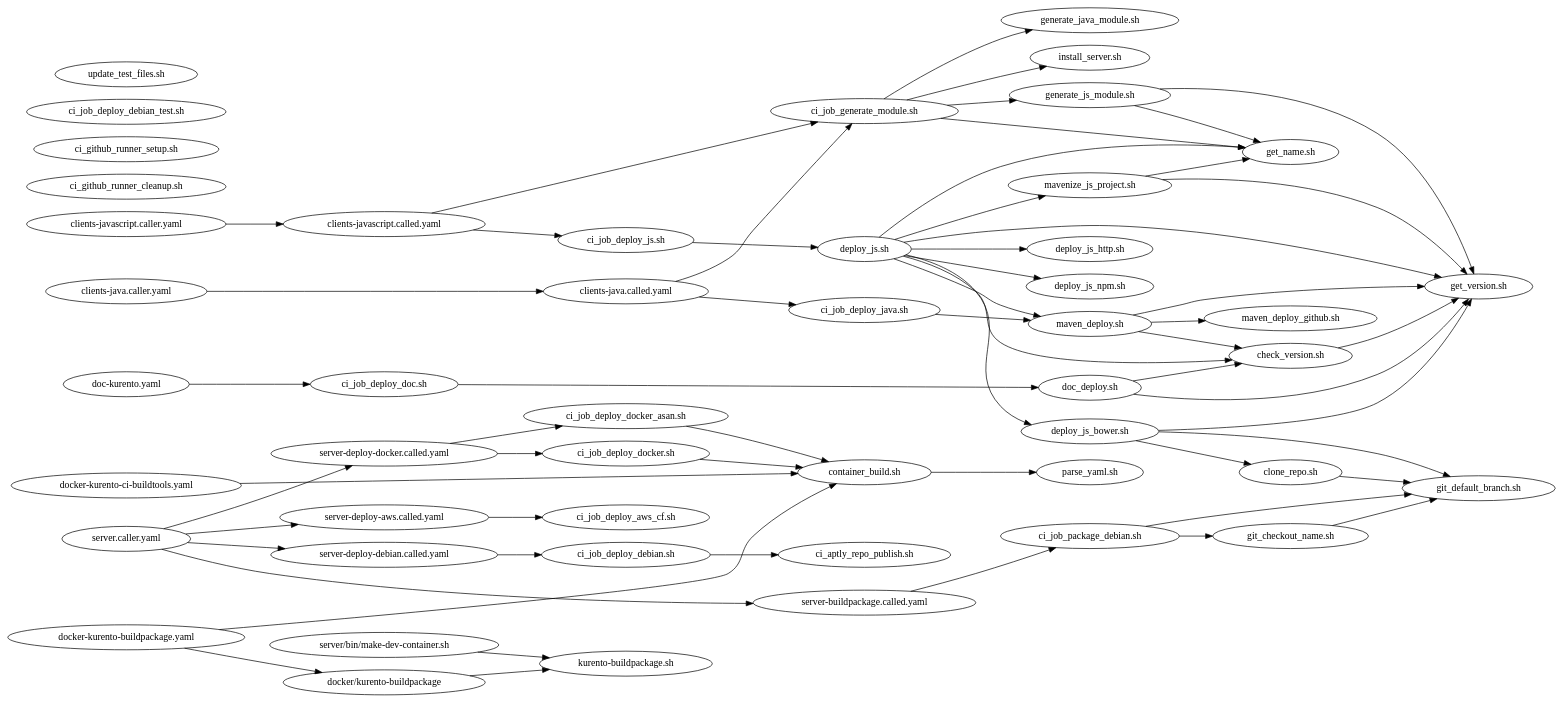
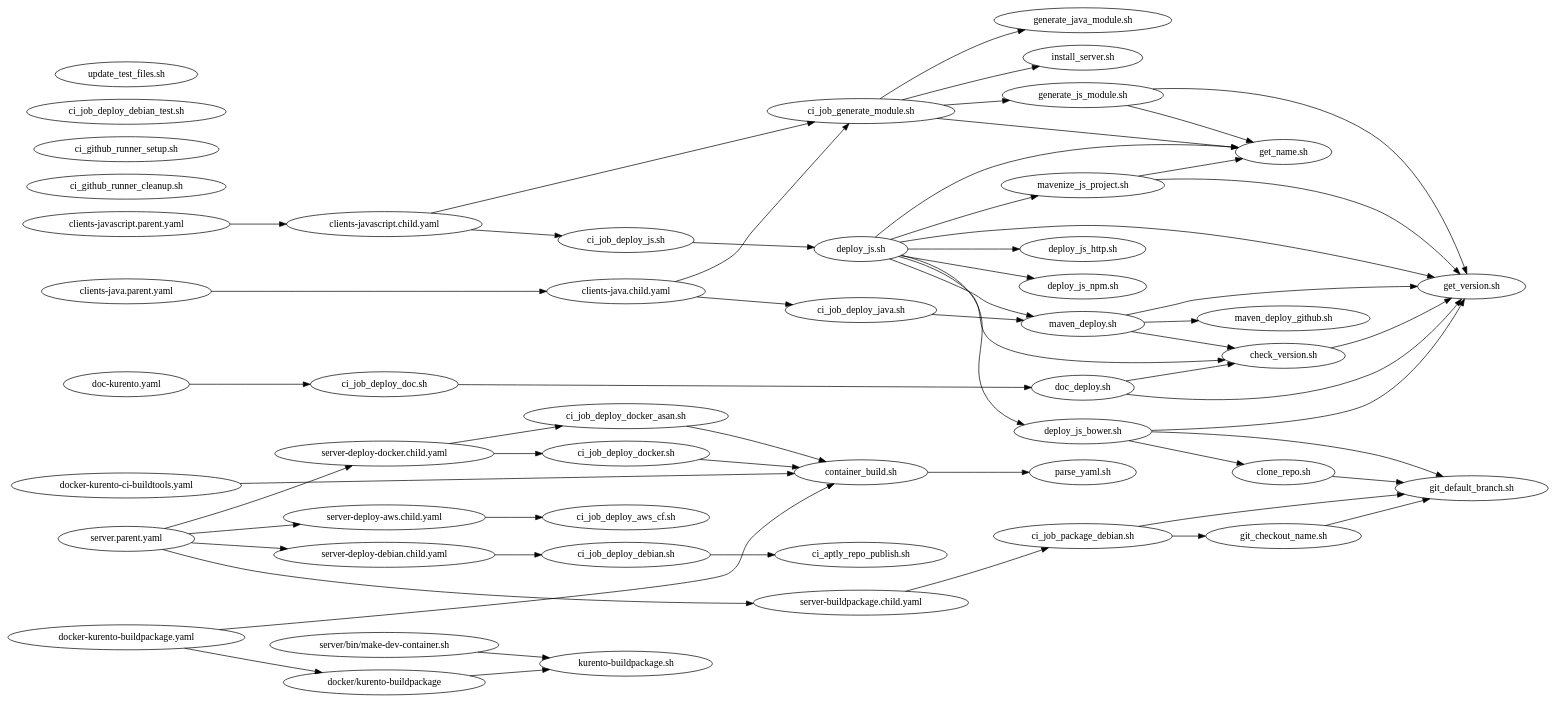
One commit to Kurento/kurento changed the diagram in ci-scripts/README.d/scripts-dependencies.dot. Above: the diagram before and after it, drawn with Graphviz. The commit also changed 10 other files, not shown here.

Commit message:
ci: Rename all GitHub Action workflows to "parent/child" instead of "caller/called"

```diff
--- a/ci-scripts/README.d/scripts-dependencies.dot
+++ b/ci-scripts/README.d/scripts-dependencies.dot
@@ -1,185 +1,185 @@
 digraph scripts {
   //bgcolor = "transparent";
   fontname = "Bitstream Vera Sans";
   fontsize = 8;
   rankdir = "LR";
 
 
   // GitHub Actions CI workflows
   // ===========================
 
   // Standalone definitions.
   // Used so these can be applied the same root rank and appear at the same level.
   {
     rank = "same";
 
-    "clients-java.caller.yaml";
-    "clients-javascript.caller.yaml";
+    "clients-java.parent.yaml";
+    "clients-javascript.parent.yaml";
     "doc-kurento.yaml";
     "docker-kurento-buildpackage.yaml";
     "docker-kurento-ci-buildtools.yaml";
-    "server.caller.yaml";
+    "server.parent.yaml";
   }
 
   // Root parent jobs.
-  "clients-java.caller.yaml" -> {
-    "clients-java.called.yaml"
+  "clients-java.parent.yaml" -> {
+    "clients-java.child.yaml"
   };
-  "clients-javascript.caller.yaml" -> {
-    "clients-javascript.called.yaml"
+  "clients-javascript.parent.yaml" -> {
+    "clients-javascript.child.yaml"
   };
   "doc-kurento.yaml" -> {
     "ci_job_deploy_doc.sh"
   };
   "docker-kurento-buildpackage.yaml" -> {
     "container_build.sh"
     "docker/kurento-buildpackage"
   };
   "docker-kurento-ci-buildtools.yaml" -> {
     "container_build.sh"
   };
-  "server.caller.yaml" -> {
-    "server-buildpackage.called.yaml"
-    "server-deploy-aws.called.yaml"
-    "server-deploy-debian.called.yaml"
-    "server-deploy-docker.called.yaml"
+  "server.parent.yaml" -> {
+    "server-buildpackage.child.yaml"
+    "server-deploy-aws.child.yaml"
+    "server-deploy-debian.child.yaml"
+    "server-deploy-docker.child.yaml"
   };
 
   // Child jobs ("reusable workflows")
-  "clients-java.called.yaml" -> {
+  "clients-java.child.yaml" -> {
     "ci_job_deploy_java.sh"
     "ci_job_generate_module.sh"
   };
-  "clients-javascript.called.yaml" -> {
+  "clients-javascript.child.yaml" -> {
     "ci_job_deploy_js.sh"
     "ci_job_generate_module.sh"
   };
-  "server-buildpackage.called.yaml" -> {
+  "server-buildpackage.child.yaml" -> {
     "ci_job_package_debian.sh"
   };
-  "server-deploy-aws.called.yaml" -> {
+  "server-deploy-aws.child.yaml" -> {
     "ci_job_deploy_aws_cf.sh"
   };
-  "server-deploy-debian.called.yaml" -> {
+  "server-deploy-debian.child.yaml" -> {
     "ci_job_deploy_debian.sh"
   };
-  "server-deploy-docker.called.yaml" -> {
+  "server-deploy-docker.child.yaml" -> {
     "ci_job_deploy_docker.sh"
     "ci_job_deploy_docker_asan.sh"
   };
 
 
   // GitHub Actions CI job scripts
   // =============================
 
   "ci_aptly_repo_publish.sh";
   "ci_github_runner_cleanup.sh";
   "ci_github_runner_setup.sh";
   "ci_job_deploy_aws_cf.sh";
   "ci_job_deploy_debian_test.sh";
   "ci_job_deploy_debian.sh" -> {
     "ci_aptly_repo_publish.sh"
   };
   "ci_job_deploy_doc.sh" -> {
     "doc_deploy.sh"
   };
   "ci_job_deploy_docker.sh" -> {
     "container_build.sh"
   };
   "ci_job_deploy_docker_asan.sh" -> {
     "container_build.sh"
   };
   "ci_job_deploy_java.sh" -> {
     "maven_deploy.sh"
   };
   "ci_job_deploy_js.sh" -> {
     "deploy_js.sh"
   };
   "ci_job_generate_module.sh" -> {
     "generate_java_module.sh"
     "generate_js_module.sh"
     "get_name.sh"
     "install_server.sh"
   };
   "ci_job_package_debian.sh" -> {
     "git_checkout_name.sh"
     "git_default_branch.sh"
   };
 
 
   // Miscellaneous origins
   // =====================
 
   "docker/kurento-buildpackage" -> {
     "kurento-buildpackage.sh"
   };
 
   "server/bin/make-dev-container.sh" -> {
     "kurento-buildpackage.sh"
   };
 
 
   // Concrete CI operations
   // ======================
 
   "container_build.sh" -> {
     "parse_yaml.sh"
   };
   "deploy_js.sh" -> {
     "check_version.sh"
     "deploy_js_bower.sh"
     "deploy_js_http.sh"
     "deploy_js_npm.sh"
     "get_name.sh"
     "get_version.sh"
     "maven_deploy.sh"
     "mavenize_js_project.sh"
   };
   "deploy_js_bower.sh" -> {
     "clone_repo.sh"
     "get_version.sh"
     "git_default_branch.sh"
   };
   "deploy_js_http.sh";
   "deploy_js_npm.sh";
   "doc_deploy.sh" -> {
     "check_version.sh"
     "get_version.sh"
   };
   "generate_java_module.sh";
   "generate_js_module.sh" -> {
     "get_name.sh"
     "get_version.sh"
   };
   "maven_deploy.sh" -> {
     "check_version.sh"
     "get_version.sh"
     "maven_deploy_github.sh"
   };
   "maven_deploy_github.sh";
   "mavenize_js_project.sh" -> {
     "get_name.sh"
     "get_version.sh"
   };
   "kurento-buildpackage.sh";
 
 
   // Utilities
   // =========
 
   "check_version.sh" -> {
     "get_version.sh"
   };
   "clone_repo.sh" -> {
     "git_default_branch.sh"
   };
   "get_name.sh";
   "get_version.sh";
   "git_checkout_name.sh" -> {
     "git_default_branch.sh"
   };
   "git_default_branch.sh";
   "install_server.sh";
   "update_test_files.sh";
   "parse_yaml.sh";
 }
```
